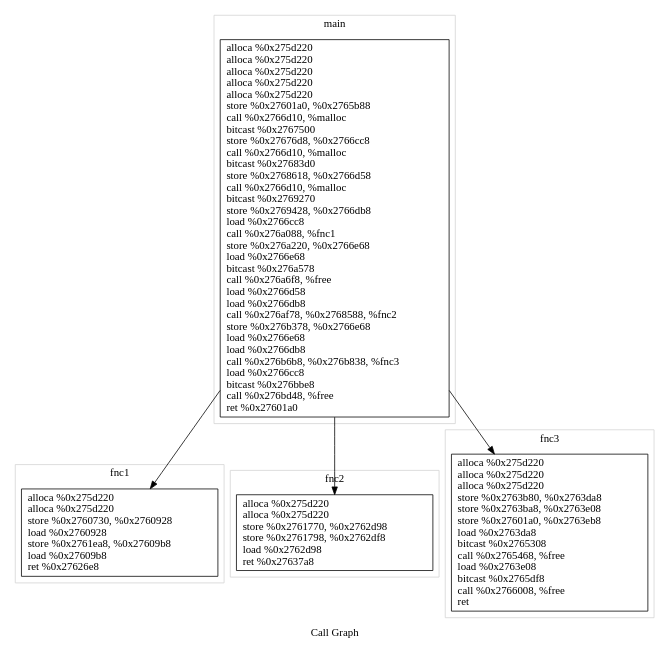
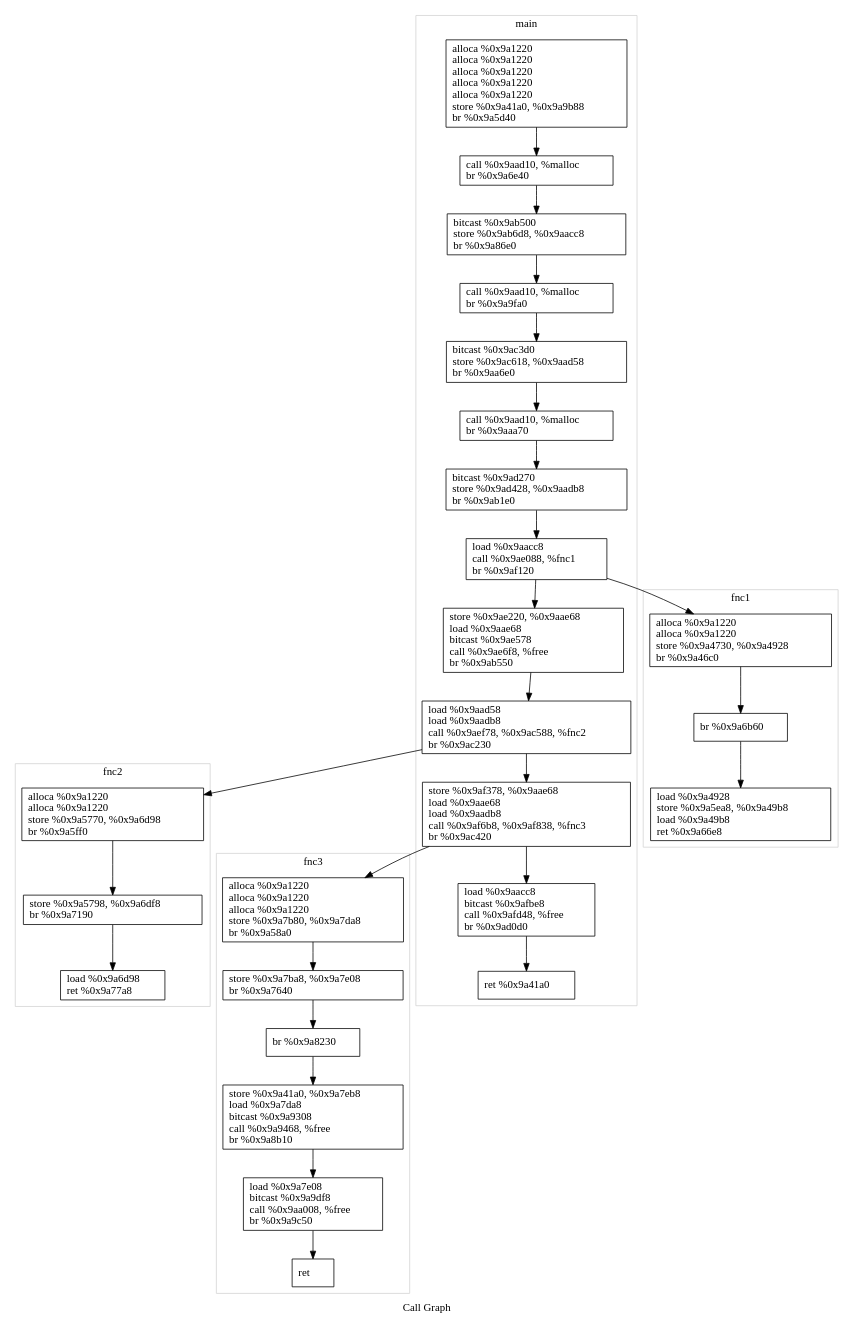
The diagram in graph.dot (posjkh22/DrawCallGraph), drawn with Graphviz before and after one commit. The commit also changed 3 other files, not shown here.

```diff
--- a/graph.dot
+++ b/graph.dot
@@ -1,101 +1,185 @@
 digraph {
 
 	label="Call Graph";
 	subgraph cluster_0 {
 		color=lightgrey;
 		label="fnc1";
-		Node0x2760860 [shape=record, label="{
-				alloca %0x275d220\l
-				alloca %0x275d220\l
-				store %0x2760730, %0x2760928\l
-				load %0x2760928\l
-				store %0x2761ea8, %0x27609b8\l
-				load %0x27609b8\l
-				ret %0x27626e8\l
+		Node0x9a4860 [shape=record, label="{
+				alloca %0x9a1220\l
+				alloca %0x9a1220\l
+				store %0x9a4730, %0x9a4928\l
+				br %0x9a46c0\l
+			}"];
+		Node0x9a4860 -> Node0x9a46c0;
+		Node0x9a46c0 [shape=record, label="{
+				br %0x9a6b60\l
+			}"];
+		Node0x9a46c0 -> Node0x9a6b60;
+		Node0x9a6b60 [shape=record, label="{
+				load %0x9a4928\l
+				store %0x9a5ea8, %0x9a49b8\l
+				load %0x9a49b8\l
+				ret %0x9a66e8\l
 			}"];
 	}
 	subgraph cluster_1 {
 		color=lightgrey;
 		label="llvm.dbg.declare";
 	}
 	subgraph cluster_2 {
 		color=lightgrey;
 		label="fnc2";
-		Node0x2762cf0 [shape=record, label="{
-				alloca %0x275d220\l
-				alloca %0x275d220\l
-				store %0x2761770, %0x2762d98\l
-				store %0x2761798, %0x2762df8\l
-				load %0x2762d98\l
-				ret %0x27637a8\l
+		Node0x9a6cf0 [shape=record, label="{
+				alloca %0x9a1220\l
+				alloca %0x9a1220\l
+				store %0x9a5770, %0x9a6d98\l
+				br %0x9a5ff0\l
+			}"];
+		Node0x9a6cf0 -> Node0x9a5ff0;
+		Node0x9a5ff0 [shape=record, label="{
+				store %0x9a5798, %0x9a6df8\l
+				br %0x9a7190\l
+			}"];
+		Node0x9a5ff0 -> Node0x9a7190;
+		Node0x9a7190 [shape=record, label="{
+				load %0x9a6d98\l
+				ret %0x9a77a8\l
 			}"];
 	}
 	subgraph cluster_3 {
 		color=lightgrey;
 		label="fnc3";
-		Node0x2763d00 [shape=record, label="{
-				alloca %0x275d220\l
-				alloca %0x275d220\l
-				alloca %0x275d220\l
-				store %0x2763b80, %0x2763da8\l
-				store %0x2763ba8, %0x2763e08\l
-				store %0x27601a0, %0x2763eb8\l
-				load %0x2763da8\l
-				bitcast %0x2765308\l
-				call %0x2765468, %free\l
-				load %0x2763e08\l
-				bitcast %0x2765df8\l
-				call %0x2766008, %free\l
+		Node0x9a7d00 [shape=record, label="{
+				alloca %0x9a1220\l
+				alloca %0x9a1220\l
+				alloca %0x9a1220\l
+				store %0x9a7b80, %0x9a7da8\l
+				br %0x9a58a0\l
+			}"];
+		Node0x9a7d00 -> Node0x9a58a0;
+		Node0x9a58a0 [shape=record, label="{
+				store %0x9a7ba8, %0x9a7e08\l
+				br %0x9a7640\l
+			}"];
+		Node0x9a58a0 -> Node0x9a7640;
+		Node0x9a7640 [shape=record, label="{
+				br %0x9a8230\l
+			}"];
+		Node0x9a7640 -> Node0x9a8230;
+		Node0x9a8230 [shape=record, label="{
+				store %0x9a41a0, %0x9a7eb8\l
+				load %0x9a7da8\l
+				bitcast %0x9a9308\l
+				call %0x9a9468, %free\l
+				br %0x9a8b10\l
+			}"];
+		Node0x9a8230 -> Node0x9a8b10;
+		Node0x9a8b10 [shape=record, label="{
+				load %0x9a7e08\l
+				bitcast %0x9a9df8\l
+				call %0x9aa008, %free\l
+				br %0x9a9c50\l
+			}"];
+		Node0x9a8b10 -> Node0x9a9c50;
+		Node0x9a9c50 [shape=record, label="{
 				ret \l
 			}"];
 	}
 	subgraph cluster_4 {
 		color=lightgrey;
 		label="free";
 	}
 	subgraph cluster_5 {
 		color=lightgrey;
 		label="main";
-		Node0x2766be0 [shape=record, label="{
-				alloca %0x275d220\l
-				alloca %0x275d220\l
-				alloca %0x275d220\l
-				alloca %0x275d220\l
-				alloca %0x275d220\l
-				store %0x27601a0, %0x2765b88\l
-				call %0x2766d10, %malloc\l
-				bitcast %0x2767500\l
-				store %0x27676d8, %0x2766cc8\l
-				call %0x2766d10, %malloc\l
-				bitcast %0x27683d0\l
-				store %0x2768618, %0x2766d58\l
-				call %0x2766d10, %malloc\l
-				bitcast %0x2769270\l
-				store %0x2769428, %0x2766db8\l
-				load %0x2766cc8\l
-				call %0x276a088, %fnc1\l
-				store %0x276a220, %0x2766e68\l
-				load %0x2766e68\l
-				bitcast %0x276a578\l
-				call %0x276a6f8, %free\l
-				load %0x2766d58\l
-				load %0x2766db8\l
-				call %0x276af78, %0x2768588, %fnc2\l
-				store %0x276b378, %0x2766e68\l
-				load %0x2766e68\l
-				load %0x2766db8\l
-				call %0x276b6b8, %0x276b838, %fnc3\l
-				load %0x2766cc8\l
-				bitcast %0x276bbe8\l
-				call %0x276bd48, %free\l
-				ret %0x27601a0\l
+		Node0x9aabe0 [shape=record, label="{
+				alloca %0x9a1220\l
+				alloca %0x9a1220\l
+				alloca %0x9a1220\l
+				alloca %0x9a1220\l
+				alloca %0x9a1220\l
+				store %0x9a41a0, %0x9a9b88\l
+				br %0x9a5d40\l
+			}"];
+		Node0x9aabe0 -> Node0x9a5d40;
+		Node0x9a5d40 [shape=record, label="{
+				call %0x9aad10, %malloc\l
+				br %0x9a6e40\l
+			}"];
+		Node0x9a5d40 -> Node0x9a6e40;
+		Node0x9a6e40 [shape=record, label="{
+				bitcast %0x9ab500\l
+				store %0x9ab6d8, %0x9aacc8\l
+				br %0x9a86e0\l
+			}"];
+		Node0x9a6e40 -> Node0x9a86e0;
+		Node0x9a86e0 [shape=record, label="{
+				call %0x9aad10, %malloc\l
+				br %0x9a9fa0\l
+			}"];
+		Node0x9a86e0 -> Node0x9a9fa0;
+		Node0x9a9fa0 [shape=record, label="{
+				bitcast %0x9ac3d0\l
+				store %0x9ac618, %0x9aad58\l
+				br %0x9aa6e0\l
+			}"];
+		Node0x9a9fa0 -> Node0x9aa6e0;
+		Node0x9aa6e0 [shape=record, label="{
+				call %0x9aad10, %malloc\l
+				br %0x9aaa70\l
+			}"];
+		Node0x9aa6e0 -> Node0x9aaa70;
+		Node0x9aaa70 [shape=record, label="{
+				bitcast %0x9ad270\l
+				store %0x9ad428, %0x9aadb8\l
+				br %0x9ab1e0\l
+			}"];
+		Node0x9aaa70 -> Node0x9ab1e0;
+		Node0x9ab1e0 [shape=record, label="{
+				load %0x9aacc8\l
+				call %0x9ae088, %fnc1\l
+				br %0x9af120\l
+			}"];
+		Node0x9ab1e0 -> Node0x9af120;
+		Node0x9af120 [shape=record, label="{
+				store %0x9ae220, %0x9aae68\l
+				load %0x9aae68\l
+				bitcast %0x9ae578\l
+				call %0x9ae6f8, %free\l
+				br %0x9ab550\l
+			}"];
+		Node0x9af120 -> Node0x9ab550;
+		Node0x9ab550 [shape=record, label="{
+				load %0x9aad58\l
+				load %0x9aadb8\l
+				call %0x9aef78, %0x9ac588, %fnc2\l
+				br %0x9ac230\l
+			}"];
+		Node0x9ab550 -> Node0x9ac230;
+		Node0x9ac230 [shape=record, label="{
+				store %0x9af378, %0x9aae68\l
+				load %0x9aae68\l
+				load %0x9aadb8\l
+				call %0x9af6b8, %0x9af838, %fnc3\l
+				br %0x9ac420\l
+			}"];
+		Node0x9ac230 -> Node0x9ac420;
+		Node0x9ac420 [shape=record, label="{
+				load %0x9aacc8\l
+				bitcast %0x9afbe8\l
+				call %0x9afd48, %free\l
+				br %0x9ad0d0\l
+			}"];
+		Node0x9ac420 -> Node0x9ad0d0;
+		Node0x9ad0d0 [shape=record, label="{
+				ret %0x9a41a0\l
 			}"];
 	}
 	subgraph cluster_6 {
 		color=lightgrey;
 		label="malloc";
 	}
-	Node0x2766be0 -> Node0x2760860
-	Node0x2766be0 -> Node0x2762cf0
-	Node0x2766be0 -> Node0x2763d00
+	Node0x9ab1e0 -> Node0x9a4860
+	Node0x9ab550 -> Node0x9a6cf0
+	Node0x9ac230 -> Node0x9a7d00
 }
```
